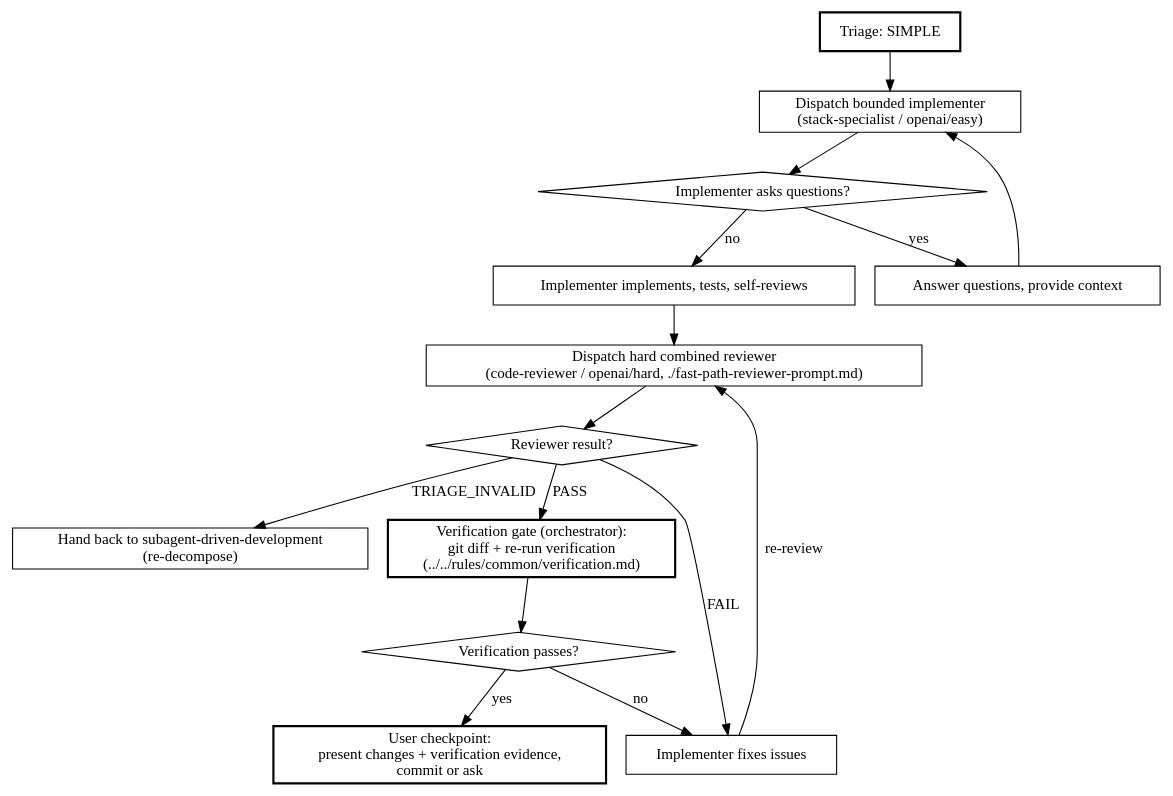
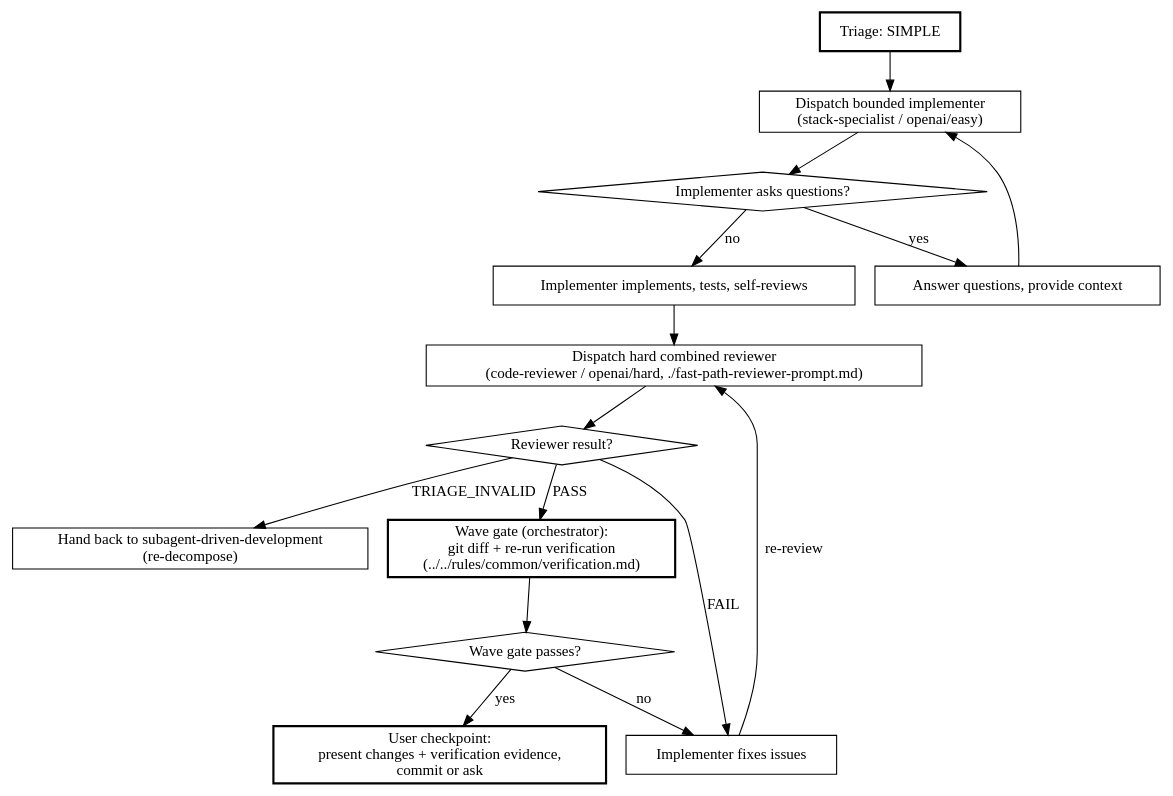
The diagram in .opencode/skills/fast-path-implementation/SKILL.md (jmrona/.dot), drawn with Graphviz before and after one commit. The commit also changed other lines of this file and 2 other files, not shown here.

Commit message:
fix(opencode): rename fast-path wave gate, drop weak tests

````diff
--- a/.opencode/skills/fast-path-implementation/SKILL.md
+++ b/.opencode/skills/fast-path-implementation/SKILL.md
@@ -59,33 +59,33 @@
 ```dot
 digraph fast_path {
     rankdir=TB;
 
     "Triage: SIMPLE" [shape=box, style=bold];
     "Dispatch bounded implementer\n(stack-specialist / openai/easy)" [shape=box];
     "Implementer asks questions?" [shape=diamond];
     "Answer questions, provide context" [shape=box];
     "Implementer implements, tests, self-reviews" [shape=box];
     "Dispatch hard combined reviewer\n(code-reviewer / openai/hard, ./fast-path-reviewer-prompt.md)" [shape=box];
     "Reviewer result?" [shape=diamond];
     "Implementer fixes issues" [shape=box];
     "Hand back to subagent-driven-development\n(re-decompose)" [shape=box];
-    "Verification gate (orchestrator):\ngit diff + re-run verification\n(../../rules/common/verification.md)" [shape=box, style=bold];
-    "Verification passes?" [shape=diamond];
+    "Wave gate (orchestrator):\ngit diff + re-run verification\n(../../rules/common/verification.md)" [shape=box, style=bold];
+    "Wave gate passes?" [shape=diamond];
     "User checkpoint:\npresent changes + verification evidence,\ncommit or ask" [shape=box, style=bold];
 
     "Triage: SIMPLE" -> "Dispatch bounded implementer\n(stack-specialist / openai/easy)";
     "Dispatch bounded implementer\n(stack-specialist / openai/easy)" -> "Implementer asks questions?";
     "Implementer asks questions?" -> "Answer questions, provide context" [label="yes"];
     "Answer questions, provide context" -> "Dispatch bounded implementer\n(stack-specialist / openai/easy)";
     "Implementer asks questions?" -> "Implementer implements, tests, self-reviews" [label="no"];
     "Implementer implements, tests, self-reviews" -> "Dispatch hard combined reviewer\n(code-reviewer / openai/hard, ./fast-path-reviewer-prompt.md)";
     "Dispatch hard combined reviewer\n(code-reviewer / openai/hard, ./fast-path-reviewer-prompt.md)" -> "Reviewer result?";
-    "Reviewer result?" -> "Verification gate (orchestrator):\ngit diff + re-run verification\n(../../rules/common/verification.md)" [label="PASS"];
+    "Reviewer result?" -> "Wave gate (orchestrator):\ngit diff + re-run verification\n(../../rules/common/verification.md)" [label="PASS"];
     "Reviewer result?" -> "Implementer fixes issues" [label="FAIL"];
     "Reviewer result?" -> "Hand back to subagent-driven-development\n(re-decompose)" [label="TRIAGE_INVALID"];
     "Implementer fixes issues" -> "Dispatch hard combined reviewer\n(code-reviewer / openai/hard, ./fast-path-reviewer-prompt.md)" [label="re-review"];
-    "Verification gate (orchestrator):\ngit diff + re-run verification\n(../../rules/common/verification.md)" -> "Verification passes?";
-    "Verification passes?" -> "Implementer fixes issues" [label="no"];
-    "Verification passes?" -> "User checkpoint:\npresent changes + verification evidence,\ncommit or ask" [label="yes"];
+    "Wave gate (orchestrator):\ngit diff + re-run verification\n(../../rules/common/verification.md)" -> "Wave gate passes?";
+    "Wave gate passes?" -> "Implementer fixes issues" [label="no"];
+    "Wave gate passes?" -> "User checkpoint:\npresent changes + verification evidence,\ncommit or ask" [label="yes"];
 }
 ```
````
